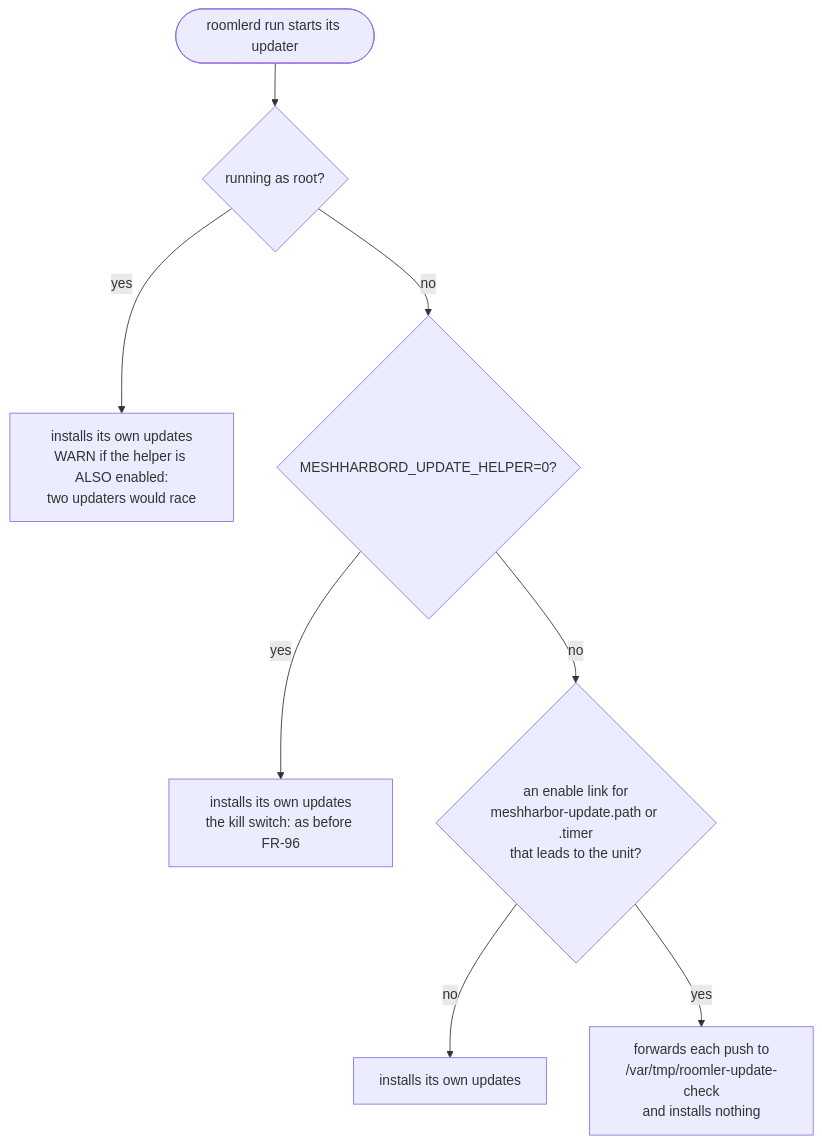
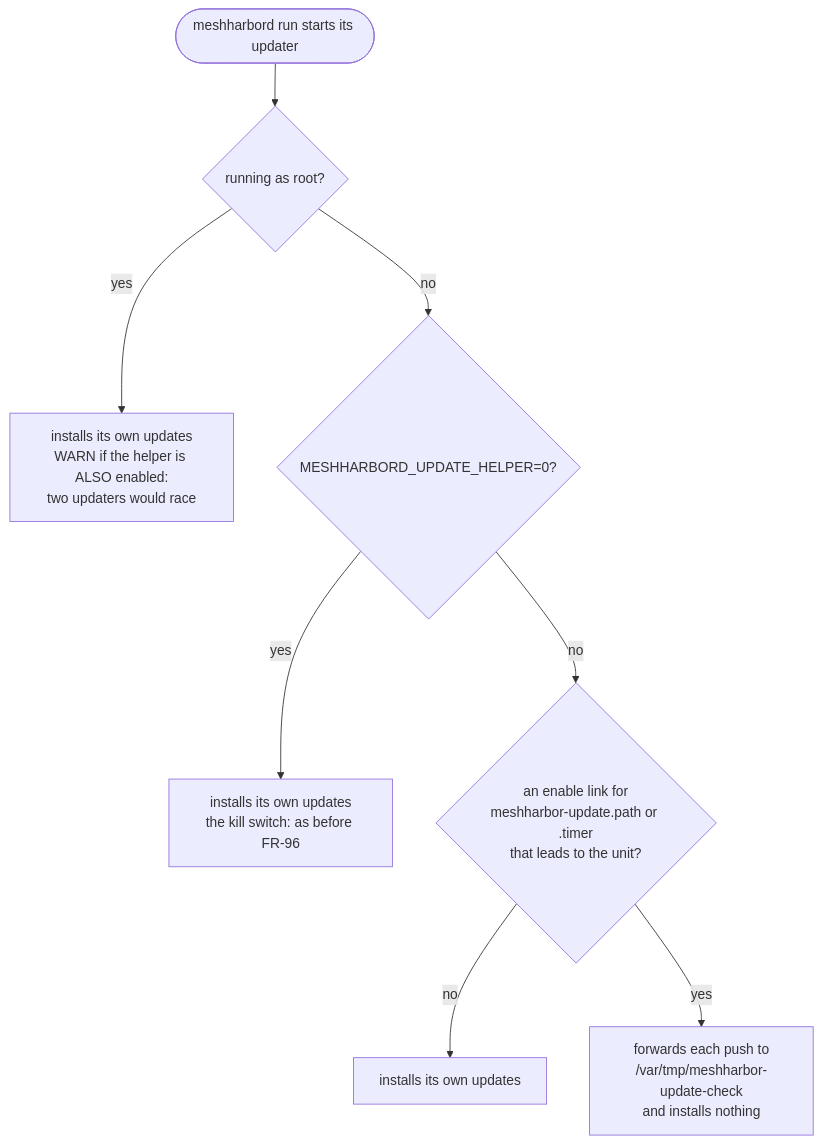
One commit to jk-zhang-meta/MeshHarbor changed the third of 5 diagrams in docs/linux-self-update.md. Above: the diagram before and after it, drawn with Mermaid. The commit also changed other lines of this file and 682 other files, not shown here.

````diff
--- a/docs/linux-self-update.md
+++ b/docs/linux-self-update.md
@@ -310,10 +310,10 @@
 ```mermaid
 flowchart TD
-    S([roomlerd run starts its updater]) --> R{running as root?}
+    S([meshharbord run starts its updater]) --> R{running as root?}
     R -->|yes| IP1[installs its own updates<br/>WARN if the helper is ALSO enabled:<br/>two updaters would race]
     R -->|no| K{MESHHARBORD_UPDATE_HELPER=0?}
     K -->|yes| IP2[installs its own updates<br/>the kill switch: as before FR-96]
     K -->|no| E{an enable link for<br/>meshharbor-update.path or .timer<br/>that leads to the unit?}
     E -->|no| IP3[installs its own updates]
-    E -->|yes| H[forwards each push to<br/>/var/tmp/roomler-update-check<br/>and installs nothing]
+    E -->|yes| H[forwards each push to<br/>/var/tmp/meshharbor-update-check<br/>and installs nothing]
 ```
````
